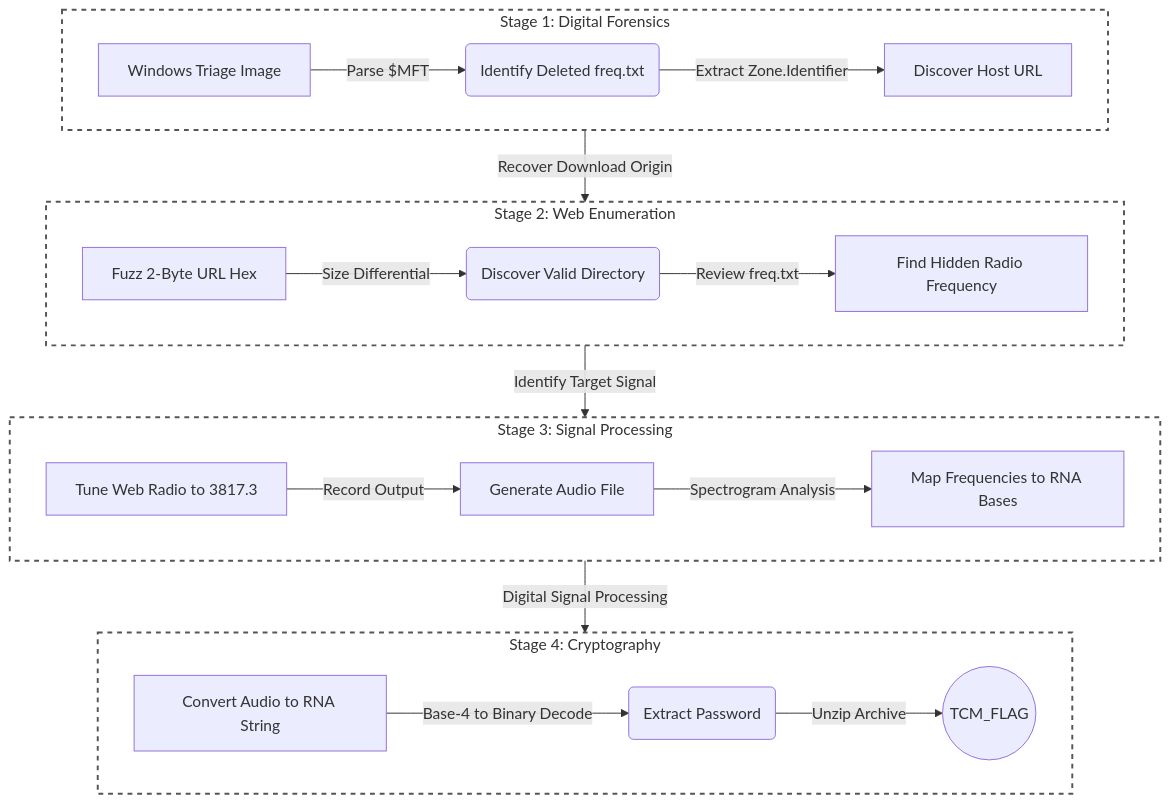
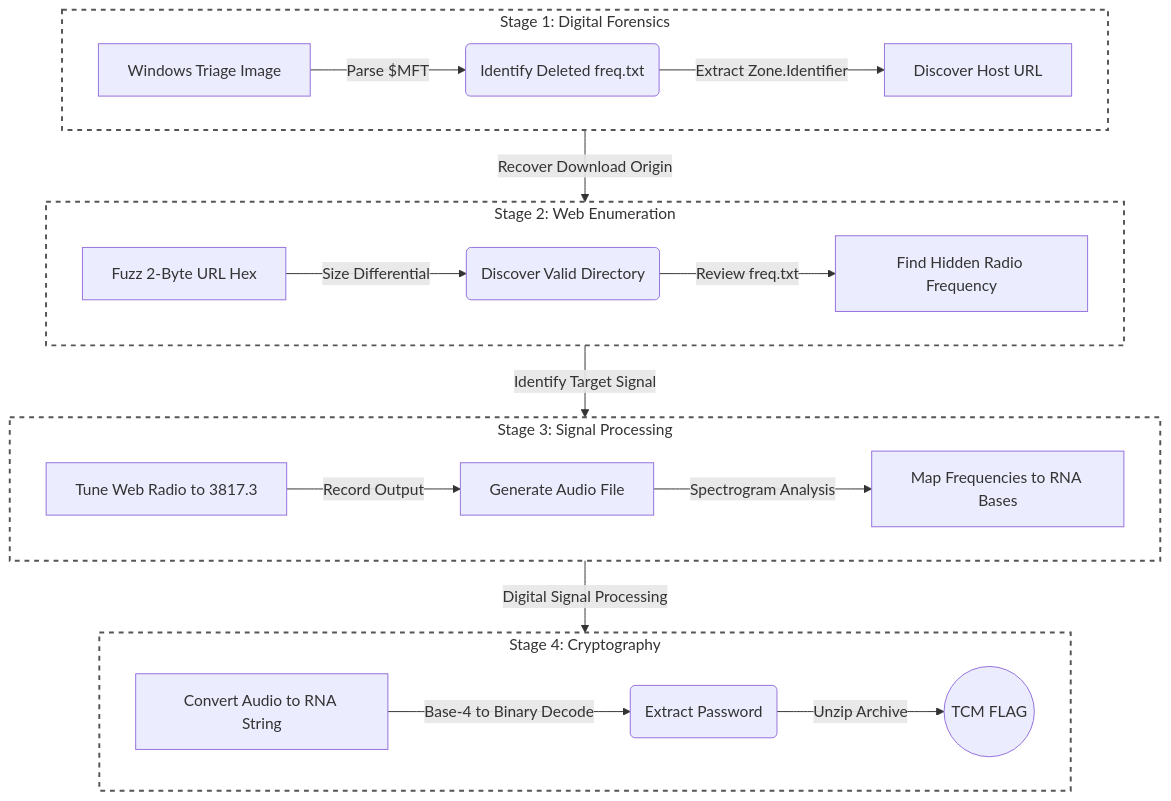
One commit to AKapaldo/CTF-Writeups changed the diagram in TCM_2026/ProjectHelix/readme.md. Above: the diagram before and after it, drawn with Mermaid.

````diff
--- a/TCM_2026/ProjectHelix/readme.md
+++ b/TCM_2026/ProjectHelix/readme.md
@@ -26,41 +26,41 @@
 ```mermaid
 flowchart TD
     %% Stage 1
     subgraph S1 [Stage 1: Digital Forensics]
         direction LR
         A[Windows Triage Image] -->|Parse $MFT| B(Identify Deleted freq.txt)
         B -->|Extract Zone.Identifier| C[Discover Host URL]
     end
 
     %% Stage 2
     subgraph S2 [Stage 2: Web Enumeration]
         direction LR
         D[Fuzz 2-Byte URL Hex] -->|Size Differential| E(Discover Valid Directory)
         E -->|Review freq.txt| F[Find Hidden Radio Frequency]
     end
 
     %% Stage 3
     subgraph S3 [Stage 3: Signal Processing]
         direction LR
         G[Tune Web Radio to 3817.3] -->|Record Output| H[Generate Audio File]
         H -->|Spectrogram Analysis| I[Map Frequencies to RNA Bases]
     end
 
     %% Stage 4
     subgraph S4 [Stage 4: Cryptography]
         direction LR
         J[Convert Audio to RNA String] -->|Base-4 to Binary Decode| K(Extract Password)
-        K -->|Unzip Archive| L((TCM_FLAG))
+        K -->|Unzip Archive| L((TCM FLAG))
     end
 
     %% Cross-stage links
     S1 -->|Recover Download Origin| S2
     S2 -->|Identify Target Signal| S3
     S3 -->|Digital Signal Processing| S4
 
     %% Styling
     style S1 fill:transparent,stroke:#555,stroke-width:2px,stroke-dasharray: 5 5
     style S2 fill:transparent,stroke:#555,stroke-width:2px,stroke-dasharray: 5 5
     style S3 fill:transparent,stroke:#555,stroke-width:2px,stroke-dasharray: 5 5
     style S4 fill:transparent,stroke:#555,stroke-width:2px,stroke-dasharray: 5 5
 ```
````
